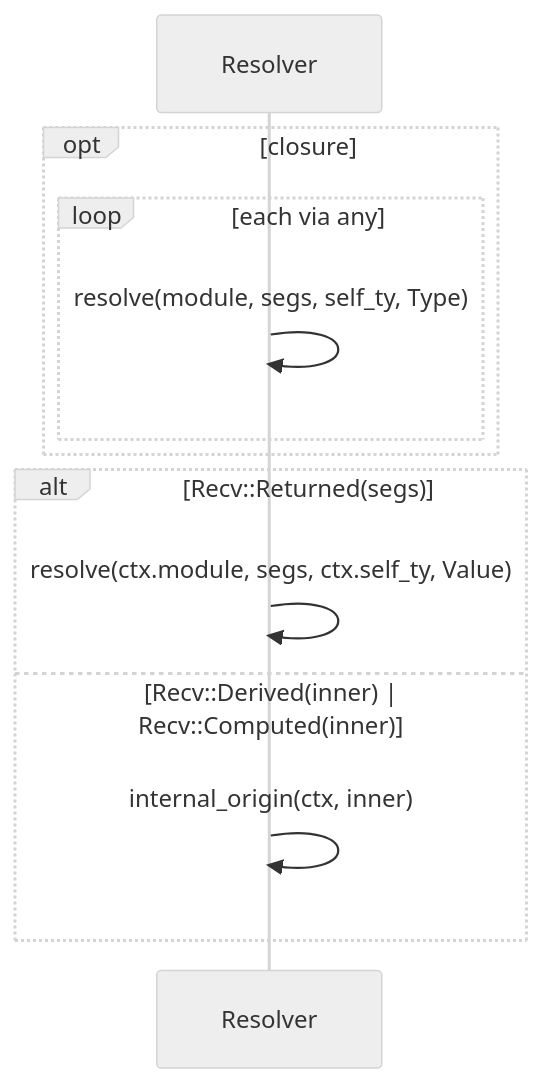
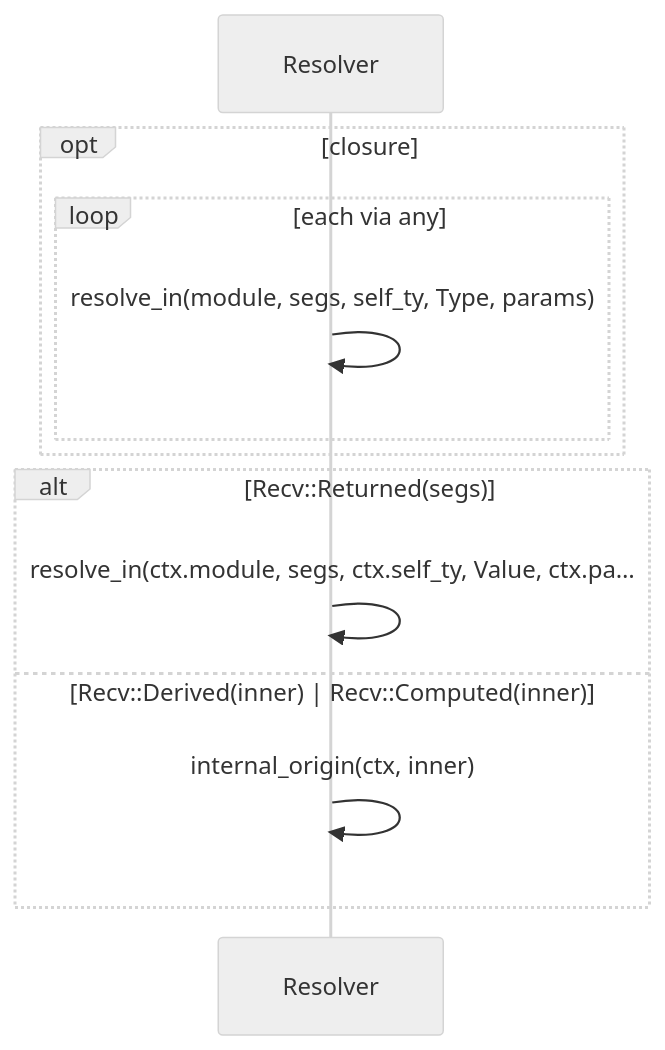
Before and after one commit to DreamLab-AI/codemaid: diagram 23 of 25 in docs/sealmap/crates/sealmap-rust/src/resolve.rs.md, drawn with Mermaid (neutral theme). The commit also changed other lines of this file and 8 other files, not shown here.

First line of the commit message:
fix(sealmap-rust): resolve generic parameters from declared scope, not name shape

````diff
--- a/docs/sealmap/crates/sealmap-rust/src/resolve.rs.md
+++ b/docs/sealmap/crates/sealmap-rust/src/resolve.rs.md
@@ -589,14 +658,14 @@
 ```mermaid
 sequenceDiagram
   participant sealmap_rust__resolve___tResolver as Resolver
   opt closure
     loop each via any
-      sealmap_rust__resolve___tResolver->>sealmap_rust__resolve___tResolver: resolve(module, segs, self_ty, Type)
+      sealmap_rust__resolve___tResolver->>sealmap_rust__resolve___tResolver: resolve_in(module, segs, self_ty, Type, params)
     end
   end
   alt Recv::Returned(segs)
-    sealmap_rust__resolve___tResolver->>sealmap_rust__resolve___tResolver: resolve(ctx.module, segs, ctx.self_ty, Value)
+    sealmap_rust__resolve___tResolver->>sealmap_rust__resolve___tResolver: resolve_in(ctx.module, segs, ctx.self_ty, Value, ctx.pa…
   else Recv::Derived(inner) | Recv::Computed(inner)
     sealmap_rust__resolve___tResolver->>sealmap_rust__resolve___tResolver: internal_origin(ctx, inner)
   end
 ```
````
